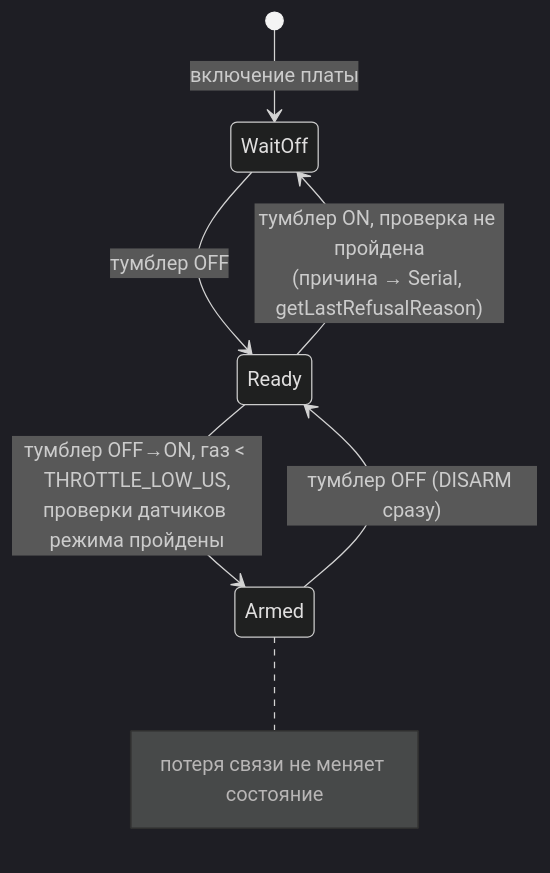
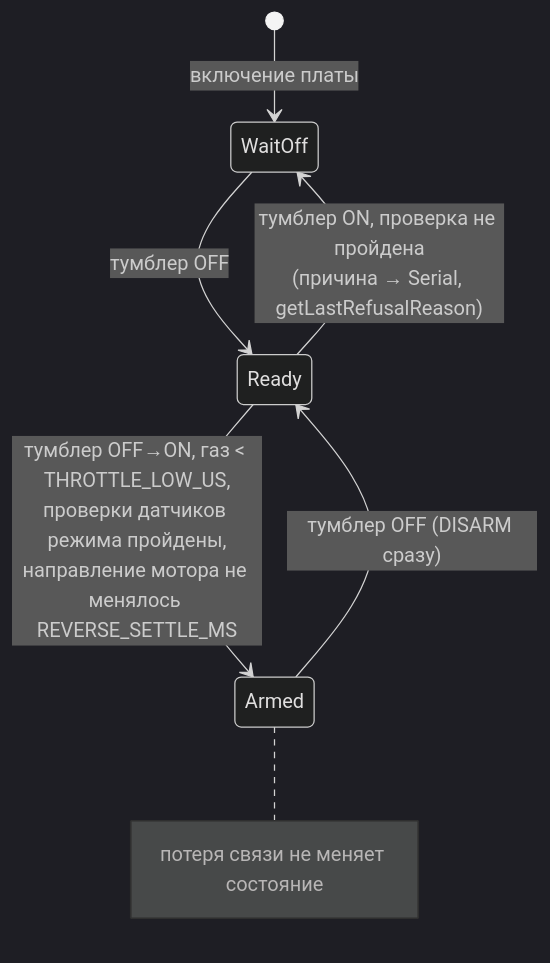
One commit to damir-lebedev/OpenPlaneProject changed the seventh of 11 diagrams in docs/ARCHITECTURE.md. Above: the diagram before and after it, drawn with Mermaid (dark theme). The commit also changed other lines of this file and 166 other files, not shown here.

````diff
--- a/docs/ARCHITECTURE.md
+++ b/docs/ARCHITECTURE.md
@@ -459,9 +465,9 @@
 ```mermaid
 stateDiagram-v2
     [*] --> WaitOff : включение платы
     WaitOff --> Ready : тумблер OFF
-    Ready --> Armed : тумблер OFF→ON, газ < THROTTLE_LOW_US,<br/>проверки датчиков режима пройдены
+    Ready --> Armed : тумблер OFF→ON, газ < THROTTLE_LOW_US,<br/>проверки датчиков режима пройдены,<br/>направление мотора не менялось REVERSE_SETTLE_MS
     Ready --> WaitOff : тумблер ON, проверка не пройдена<br/>(причина → Serial, getLastRefusalReason)
     Armed --> Ready : тумблер OFF (DISARM сразу)
     note right of Armed : потеря связи не меняет состояние
 ```
````
